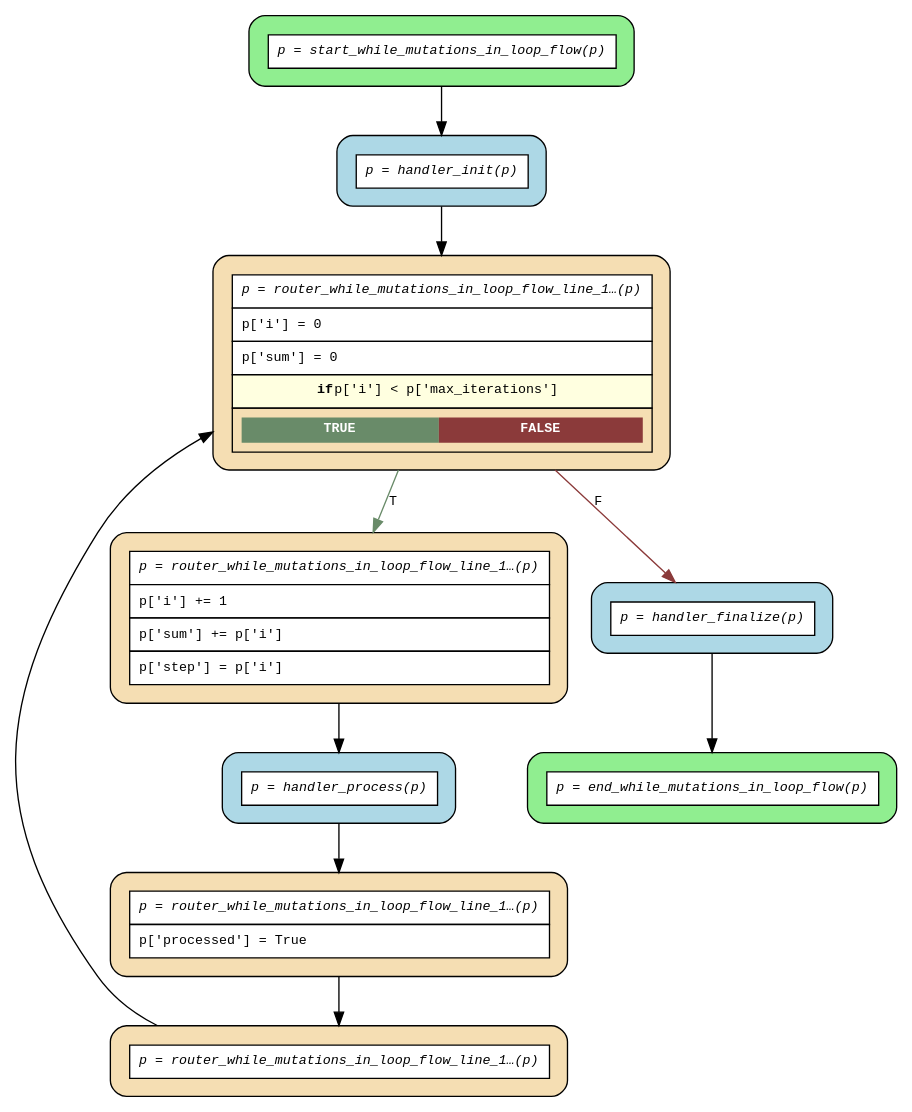
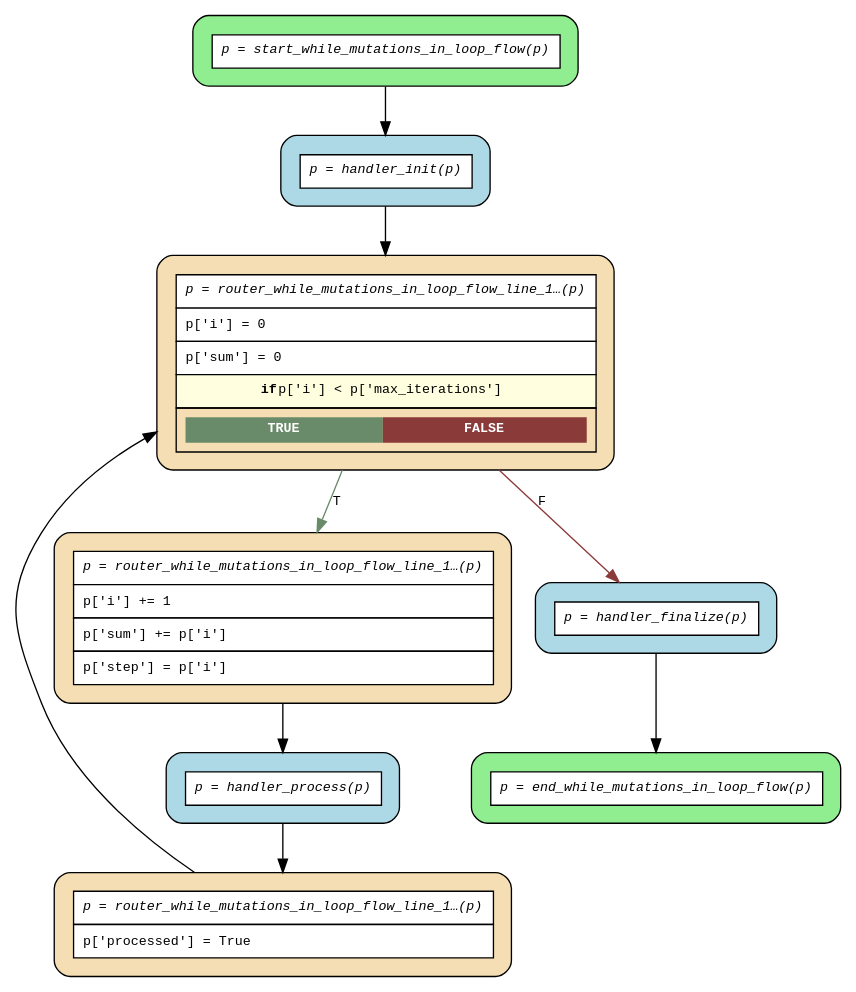
One commit to deliveryhero/asya changed the diagram in examples/flows/compiled/while_mutations_in_loop/flow.dot. Above: the diagram before and after it, drawn with Graphviz. The commit also changed 40 other files, not shown here.

First line of the commit message:
fix(grouper): eliminate no-op loop_back routers for conditional while loops

```diff
--- a/examples/flows/compiled/while_mutations_in_loop/flow.dot
+++ b/examples/flows/compiled/while_mutations_in_loop/flow.dot
@@ -1,26 +1,24 @@
 digraph flow {
   rankdir=TB;
   graph [fontname="Courier", fontsize=10];
   node [fontname="Courier", fontsize=10, shape=box, style="filled,rounded", margin="0.2"];
   edge [fontname="Courier", fontsize=10];
 
   start_while_mutations_in_loop_flow [fillcolor="lightgreen", label=<<table border="0" cellspacing="0" cellpadding="6" cellborder="1"><tr><td bgcolor="white" align="center"><i>p = start_while_mutations_in_loop_flow(p)</i></td></tr></table>>];
   router_while_mutations_in_loop_flow_line_17_seq [fillcolor="wheat", label=<<table border="0" cellspacing="0" cellpadding="6" cellborder="1"><tr><td bgcolor="white" align="center"><i>p = router_while_mutations_in_loop_flow_line_1…(p)</i></td></tr><tr><td bgcolor="white" align="left">p['processed'] = True</td></tr></table>>];
   router_while_mutations_in_loop_flow_line_13_seq [fillcolor="wheat", label=<<table border="0" cellspacing="0" cellpadding="6" cellborder="1"><tr><td bgcolor="white" align="center"><i>p = router_while_mutations_in_loop_flow_line_1…(p)</i></td></tr><tr><td bgcolor="white" align="left">p['i'] += 1</td></tr><tr><td bgcolor="white" align="left">p['sum'] += p['i']</td></tr><tr><td bgcolor="white" align="left">p['step'] = p['i']</td></tr></table>>];
-  router_while_mutations_in_loop_flow_line_12_loop_back_0 [fillcolor="wheat", label=<<table border="0" cellspacing="0" cellpadding="6" cellborder="1"><tr><td bgcolor="white" align="center"><i>p = router_while_mutations_in_loop_flow_line_1…(p)</i></td></tr></table>>];
   router_while_mutations_in_loop_flow_line_12_while_0 [fillcolor="wheat", label=<<table border="0" cellspacing="0" cellpadding="6" cellborder="1"><tr><td bgcolor="white" align="center"><i>p = router_while_mutations_in_loop_flow_line_1…(p)</i></td></tr><tr><td bgcolor="white" align="left">p['i'] = 0</td></tr><tr><td bgcolor="white" align="left">p['sum'] = 0</td></tr><tr><td bgcolor="lightyellow"><b>if</b> p['i'] &lt; p['max_iterations']</td></tr><tr><td><table border="0" cellspacing="0" cellpadding="4"><tr><td bgcolor="darkseagreen4"><font color="white"><b>TRUE</b></font></td><td bgcolor="indianred4"><font color="white"><b>FALSE</b></font></td></tr></table></td></tr></table>>];
   end_while_mutations_in_loop_flow [fillcolor="lightgreen", label=<<table border="0" cellspacing="0" cellpadding="6" cellborder="1"><tr><td bgcolor="white" align="center"><i>p = end_while_mutations_in_loop_flow(p)</i></td></tr></table>>];
   handler_finalize [fillcolor="lightblue", label=<<table border="0" cellspacing="0" cellpadding="6" cellborder="1"><tr><td bgcolor="white" align="center"><i>p = handler_finalize(p)</i></td></tr></table>>];
   handler_init [fillcolor="lightblue", label=<<table border="0" cellspacing="0" cellpadding="6" cellborder="1"><tr><td bgcolor="white" align="center"><i>p = handler_init(p)</i></td></tr></table>>];
   handler_process [fillcolor="lightblue", label=<<table border="0" cellspacing="0" cellpadding="6" cellborder="1"><tr><td bgcolor="white" align="center"><i>p = handler_process(p)</i></td></tr></table>>];
 
   handler_finalize -> end_while_mutations_in_loop_flow;
   handler_init -> router_while_mutations_in_loop_flow_line_12_while_0;
   handler_process -> router_while_mutations_in_loop_flow_line_17_seq;
-  router_while_mutations_in_loop_flow_line_12_loop_back_0 -> router_while_mutations_in_loop_flow_line_12_while_0 [constraint=false];
   router_while_mutations_in_loop_flow_line_12_while_0 -> handler_finalize [label="F", color=indianred4];
   router_while_mutations_in_loop_flow_line_12_while_0 -> router_while_mutations_in_loop_flow_line_13_seq [label="T", color=darkseagreen4];
   router_while_mutations_in_loop_flow_line_13_seq -> handler_process;
-  router_while_mutations_in_loop_flow_line_17_seq -> router_while_mutations_in_loop_flow_line_12_loop_back_0;
+  router_while_mutations_in_loop_flow_line_17_seq -> router_while_mutations_in_loop_flow_line_12_while_0 [constraint=false];
   start_while_mutations_in_loop_flow -> handler_init;
 }
```
